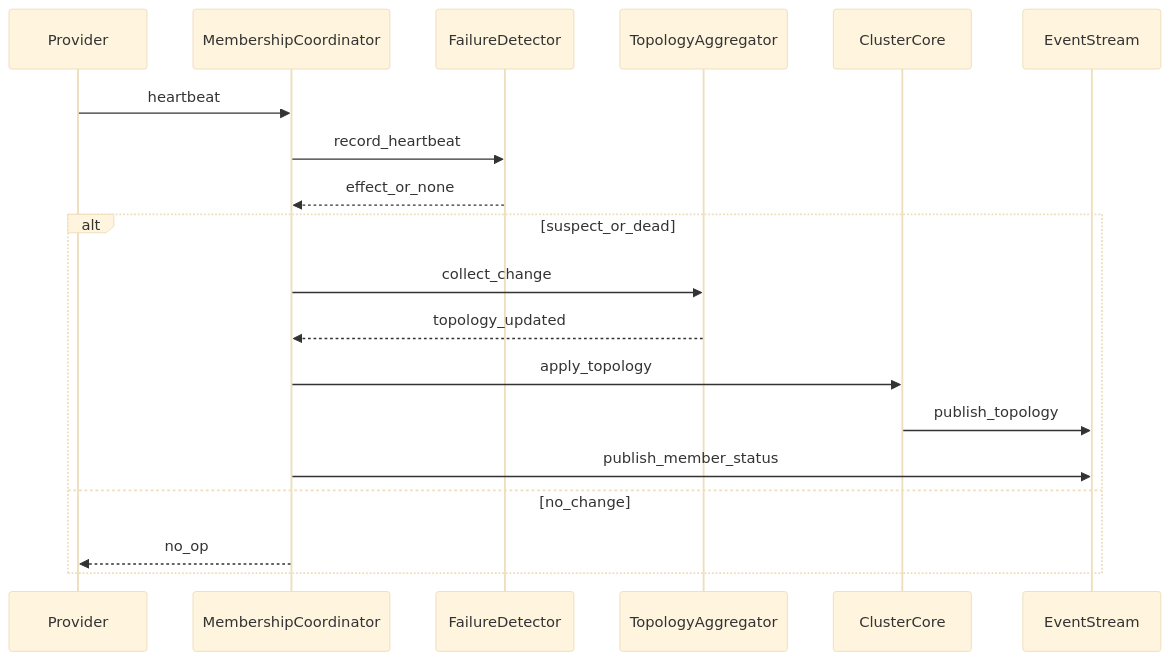
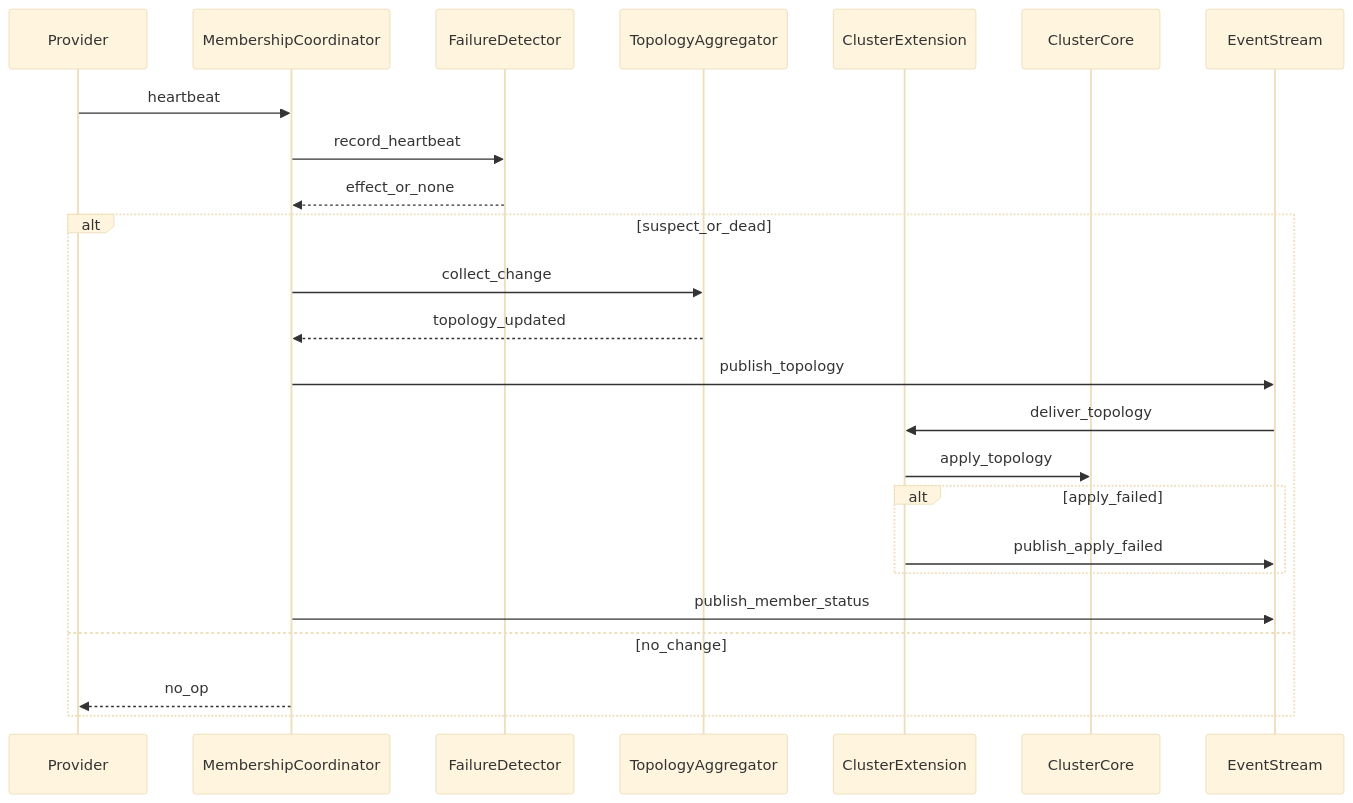
One commit to j5ik2o/fraktor-rs changed the second of 5 diagrams in .kiro/specs/cluster-membership-gossip-topology/design.md. Above: the diagram before and after it, drawn with Mermaid (base theme). The commit also changed other lines of this file, not shown here.

Commit message:
feat: update design documentation to clarify ClusterExtension role and event handling

````diff
--- a/.kiro/specs/cluster-membership-gossip-topology/design.md
+++ b/.kiro/specs/cluster-membership-gossip-topology/design.md
@@ -79,22 +85,27 @@
 ```mermaid
 sequenceDiagram
   participant Provider
   participant MembershipCoordinator
   participant FailureDetector
   participant TopologyAggregator
+  participant ClusterExtension
   participant ClusterCore
   participant EventStream
 
   Provider->>MembershipCoordinator: heartbeat
   MembershipCoordinator->>FailureDetector: record_heartbeat
   FailureDetector-->>MembershipCoordinator: effect_or_none
   alt suspect_or_dead
     MembershipCoordinator->>TopologyAggregator: collect_change
     TopologyAggregator-->>MembershipCoordinator: topology_updated
-    MembershipCoordinator->>ClusterCore: apply_topology
-    ClusterCore->>EventStream: publish_topology
+    MembershipCoordinator->>EventStream: publish_topology
+    EventStream->>ClusterExtension: deliver_topology
+    ClusterExtension->>ClusterCore: apply_topology
+    alt apply_failed
+      ClusterExtension->>EventStream: publish_apply_failed
+    end
     MembershipCoordinator->>EventStream: publish_member_status
   else no_change
     MembershipCoordinator-->>Provider: no_op
   end
 ```
````
